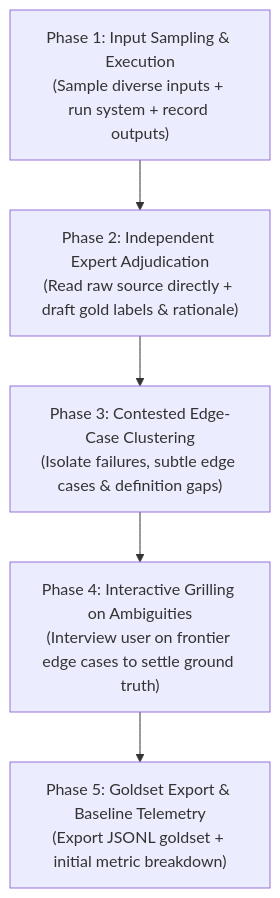
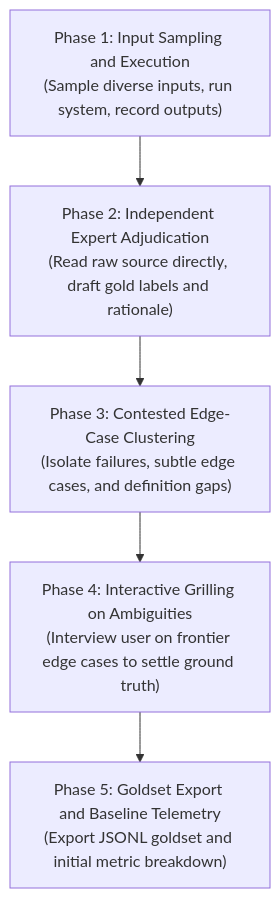
Before and after one commit to Roriz/engineering_of_thinking_skills: the diagram in skills/bootstrap-gold-dataset/SKILL.md, drawn with Mermaid. The commit also changed other lines of this file and 12 other files, not shown here.

````diff
--- a/skills/bootstrap-gold-dataset/SKILL.md
+++ b/skills/bootstrap-gold-dataset/SKILL.md
@@ -16,7 +16,7 @@
 ```mermaid
 flowchart TD
-    P1["Phase 1: Input Sampling & Execution<br/>(Sample diverse inputs + run system + record outputs)"] --> P2["Phase 2: Independent Expert Adjudication<br/>(Read raw source directly + draft gold labels & rationale)"]
-    P2 --> P3["Phase 3: Contested Edge-Case Clustering<br/>(Isolate failures, subtle edge cases & definition gaps)"]
+    P1["Phase 1: Input Sampling and Execution<br/>(Sample diverse inputs, run system, record outputs)"] --> P2["Phase 2: Independent Expert Adjudication<br/>(Read raw source directly, draft gold labels and rationale)"]
+    P2 --> P3["Phase 3: Contested Edge-Case Clustering<br/>(Isolate failures, subtle edge cases, and definition gaps)"]
     P3 --> P4["Phase 4: Interactive Grilling on Ambiguities<br/>(Interview user on frontier edge cases to settle ground truth)"]
-    P4 --> P5["Phase 5: Goldset Export & Baseline Telemetry<br/>(Export JSONL goldset + initial metric breakdown)"]
+    P4 --> P5["Phase 5: Goldset Export and Baseline Telemetry<br/>(Export JSONL goldset and initial metric breakdown)"]
 ```
````
